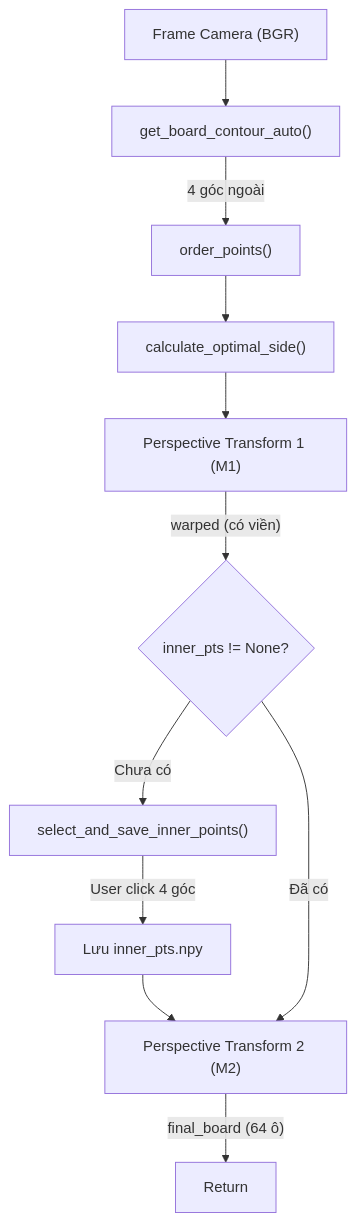
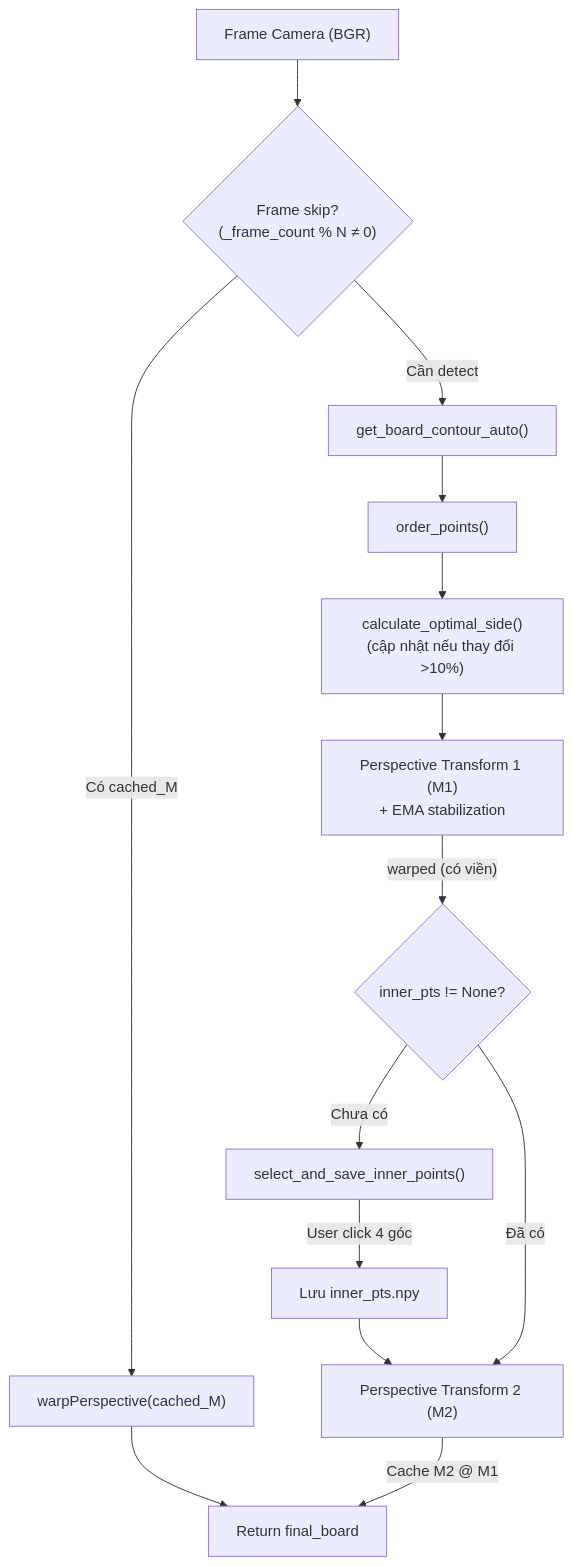
One commit to TrGiaHuy1710-valid/testChess changed the diagram in logic_board_process.md. Above: the diagram before and after it, drawn with Mermaid. The commit also changed other lines of this file and 3 other files, not shown here.

Commit message:
Cập nhật file giải thích - logic

````diff
--- a/logic_board_process.md
+++ b/logic_board_process.md
@@ -15,13 +17,16 @@
 ```mermaid
 graph TD
-    A["Frame Camera (BGR)"] --> B["get_board_contour_auto()"]
-    B -->|"4 góc ngoài"| C["order_points()"]
-    C --> D["calculate_optimal_side()"]
-    D --> E["Perspective Transform 1 (M1)"]
+    A["Frame Camera (BGR)"] --> SK{"Frame skip?<br>(_frame_count % N ≠ 0)"}
+    SK -->|"Có cached_M"| FAST["warpPerspective(cached_M)"]
+    FAST --> J["Return final_board"]
+    SK -->|"Cần detect"| B["get_board_contour_auto()"]
+    B --> C["order_points()"]
+    C --> D["calculate_optimal_side()<br>(cập nhật nếu thay đổi >10%)"]
+    D --> E["Perspective Transform 1 (M1)<br>+ EMA stabilization"]
     E -->|"warped (có viền)"| F{"inner_pts != None?"}
     F -->|"Chưa có"| G["select_and_save_inner_points()"]
     G -->|"User click 4 góc"| H["Lưu inner_pts.npy"]
     H --> I["Perspective Transform 2 (M2)"]
     F -->|"Đã có"| I
-    I -->|"final_board (64 ô)"| J["Return"]
+    I -->|"Cache M2 @ M1"| J
 ```
````
